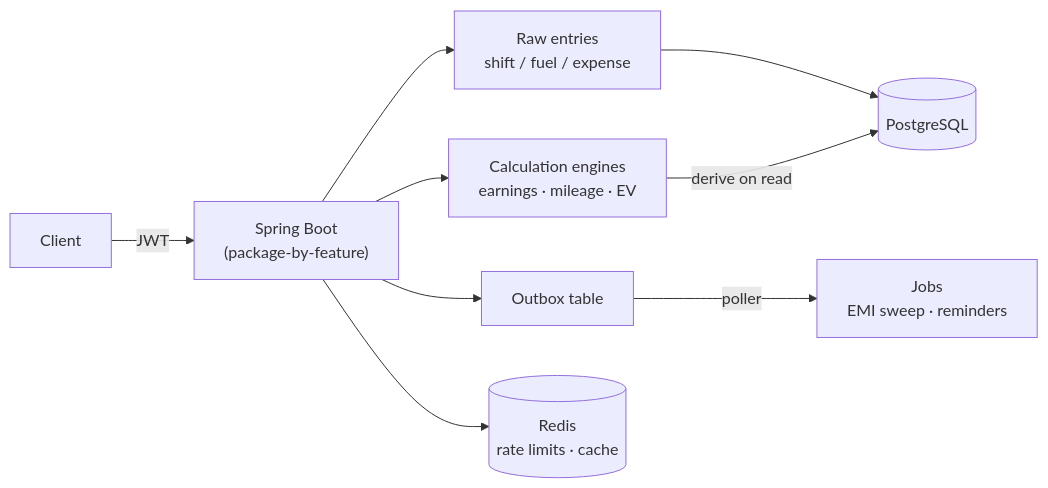
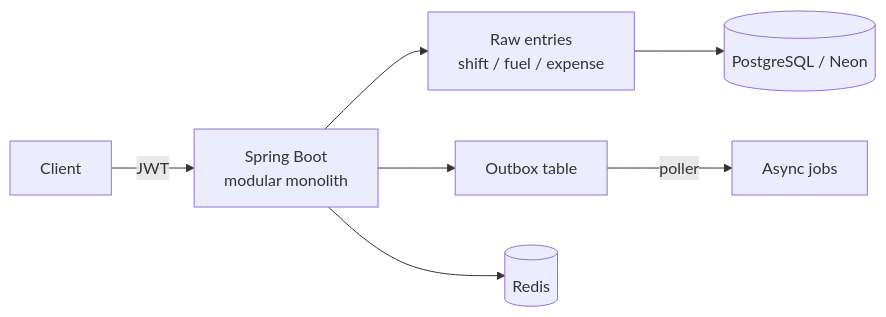
The fifth of 5 diagrams in README.md (Anushchinnasamy/AnushChinnasamy), drawn with Mermaid before and after one commit. The commit also changed other lines of this file and 1 other file, not shown here.

````diff
--- a/README.md
+++ b/README.md
@@ -258,11 +228,9 @@
 ```mermaid
 flowchart LR
-    Client["Client"] -->|JWT| API["Spring Boot<br/>(package-by-feature)"]
+    Client["Client"] -->|JWT| API["Spring Boot<br/>modular monolith"]
     API --> RAW["Raw entries<br/>shift / fuel / expense"]
-    RAW --> PG[("PostgreSQL")]
-    API --> CALC["Calculation engines<br/>earnings · mileage · EV"]
-    CALC -->|derive on read| PG
+    RAW --> PG[("PostgreSQL / Neon")]
     API --> OUTBOX["Outbox table"]
-    OUTBOX -->|poller| JOBS["Jobs<br/>EMI sweep · reminders"]
-    API --> REDIS[("Redis<br/>rate limits · cache")]
+    OUTBOX -->|poller| JOBS["Async jobs"]
+    API --> REDIS[("Redis")]
 ```
````
